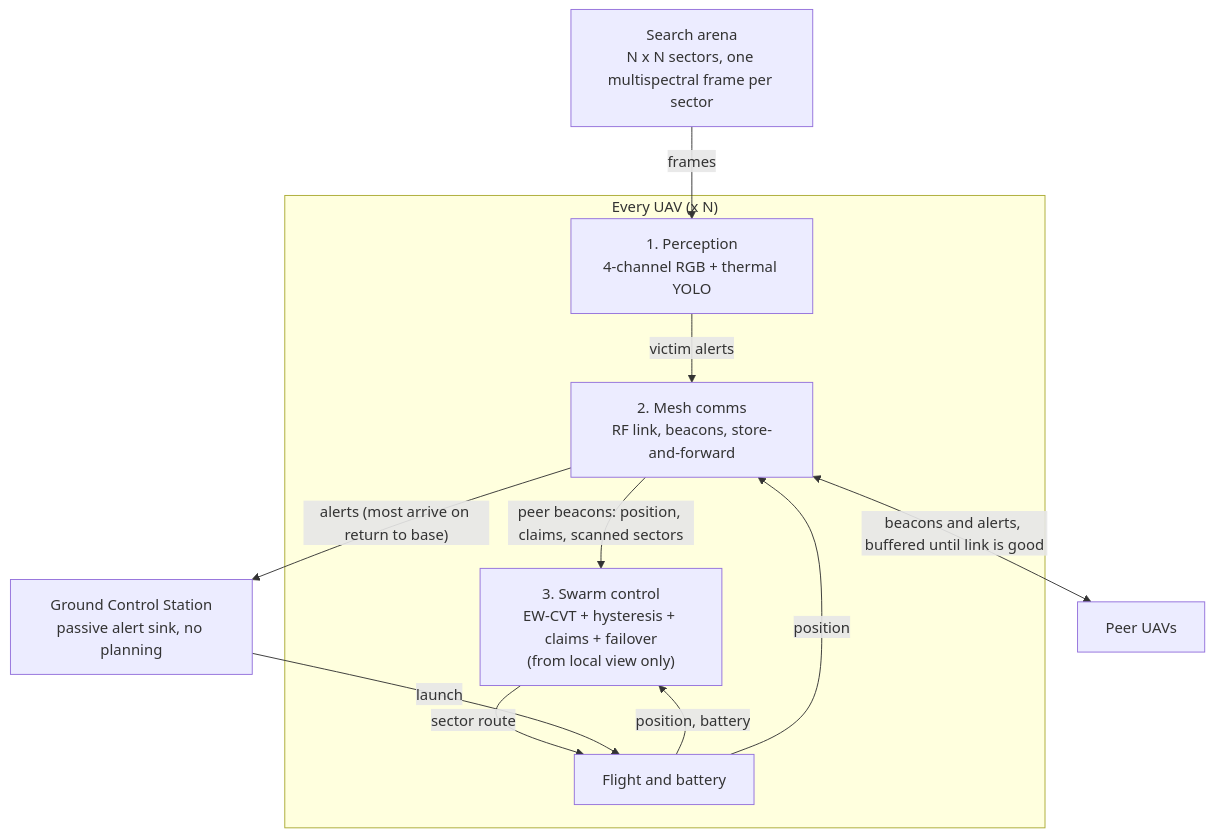
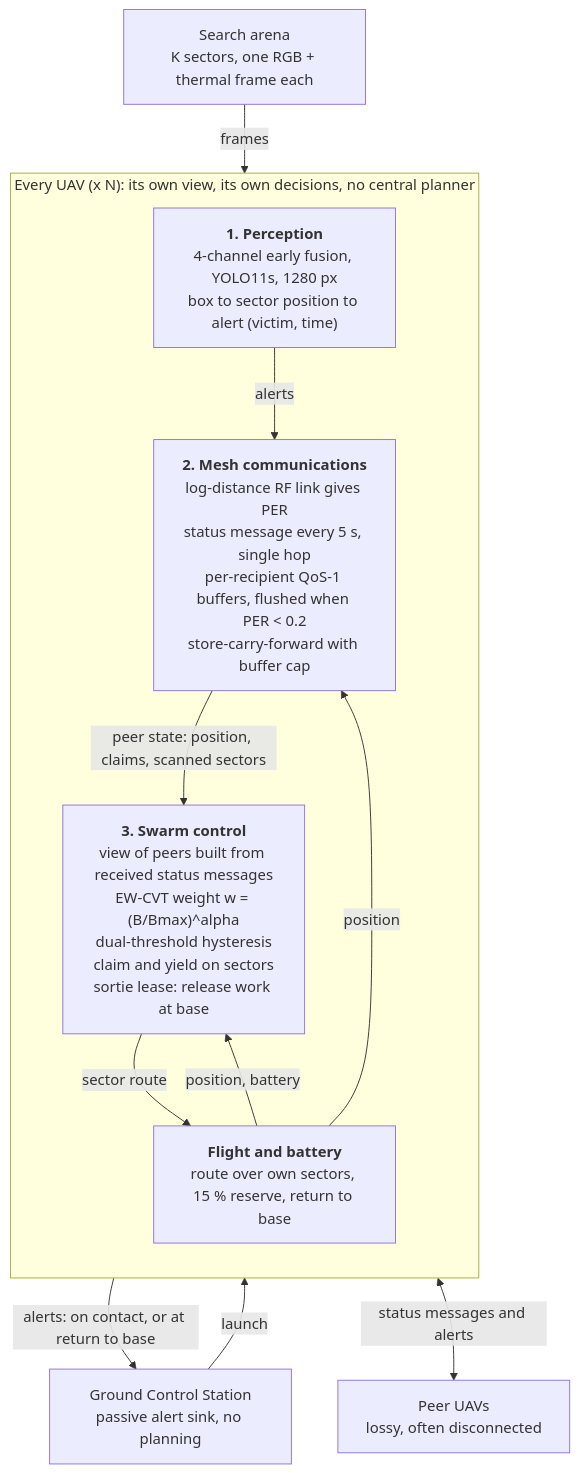
One commit to CodeWithDevesh/FlyNetSim changed the first of 9 diagrams in docs/ARCHITECTURE_PROPOSAL.md. Above: the diagram before and after it, drawn with Mermaid. The commit also changed other lines of this file and 17 other files, not shown here.

````diff
--- a/docs/ARCHITECTURE_PROPOSAL.md
+++ b/docs/ARCHITECTURE_PROPOSAL.md
@@ -27,24 +27,25 @@
 ```mermaid
 flowchart TB
-  ARENA["Search arena<br/>N x N sectors, one multispectral frame per sector"]
+  ARENA["Search arena<br/>K sectors, one RGB + thermal frame each"]
   GCS["Ground Control Station<br/>passive alert sink, no planning"]
 
-  subgraph UAV["Every UAV (x N)"]
-    PERC["1. Perception<br/>4-channel RGB + thermal YOLO"]
-    COMM["2. Mesh comms<br/>RF link, beacons, store-and-forward"]
-    CTRL["3. Swarm control<br/>EW-CVT + hysteresis + claims + failover<br/>(from local view only)"]
-    FLT["Flight and battery"]
-    PERC -- "victim alerts" --> COMM
-    COMM -- "peer beacons: position, claims, scanned sectors" --> CTRL
+  subgraph UAV["Every UAV (x N): its own view, its own decisions, no central planner"]
+    direction TB
+    PERC["<b>1. Perception</b><br/>4-channel early fusion, YOLO11s, 1280 px<br/>box to sector position to alert (victim, time)"]
+    COMM["<b>2. Mesh communications</b><br/>log-distance RF link gives PER<br/>status message every 5 s, single hop<br/>per-recipient QoS-1 buffers, flushed when PER < 0.2<br/>store-carry-forward with buffer cap"]
+    CTRL["<b>3. Swarm control</b><br/>view of peers built from received status messages<br/>EW-CVT weight w = (B/Bmax)^alpha<br/>dual-threshold hysteresis<br/>claim and yield on sectors<br/>sortie lease: release work at base"]
+    FLT["<b>Flight and battery</b><br/>route over own sectors, 15 % reserve, return to base"]
+    PERC -- "alerts" --> COMM
+    COMM -- "peer state: position, claims, scanned sectors" --> CTRL
     CTRL -- "sector route" --> FLT
     FLT -- "position, battery" --> CTRL
     FLT -- "position" --> COMM
   end
 
-  PEERS["Peer UAVs"]
+  PEERS["Peer UAVs<br/>lossy, often disconnected"]
 
   ARENA -- "frames" --> PERC
   GCS -- "launch" --> FLT
-  COMM -- "alerts (most arrive on return to base)" --> GCS
-  COMM <-->|"beacons and alerts, buffered until link is good"| PEERS
+  COMM -- "alerts: on contact, or at return to base" --> GCS
+  COMM <-->|"status messages and alerts"| PEERS
 ```
````
